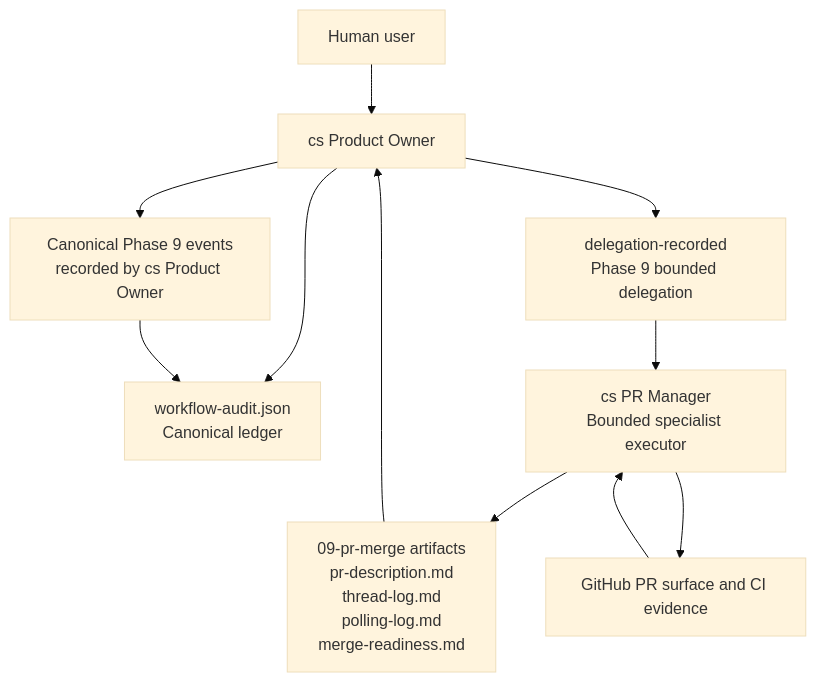
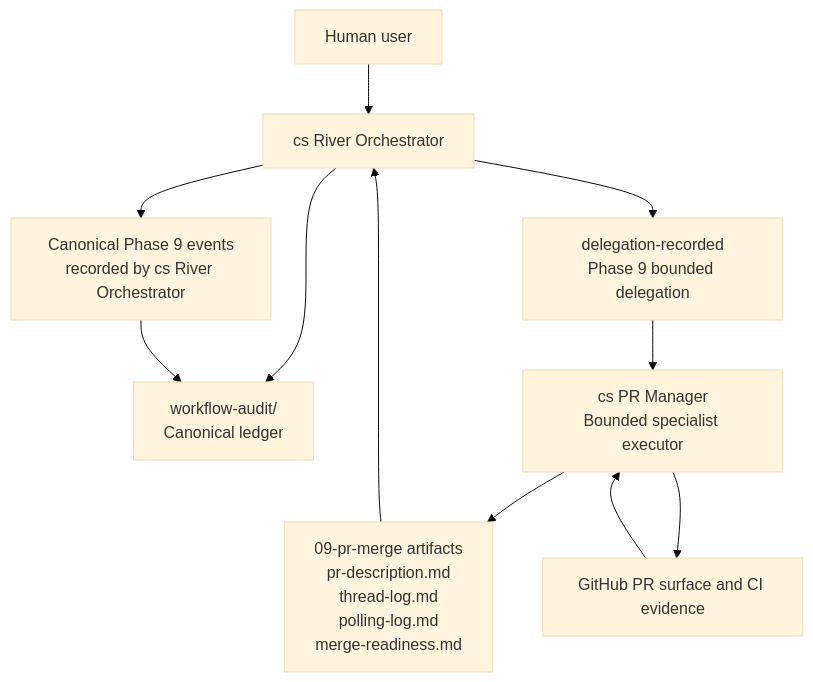
One commit to Gibbs-Morris/mississippi changed the diagram in docs/Docusaurus/docs/adr/0001-single-canonical-writer-with-bounded-phase-9-delegation.md. Above: the diagram before and after it, drawn with Mermaid (base theme). The commit also changed other lines of this file and 8 other files, not shown here.

Commit message:
Adopt Clean Squad v4 audit ledger and file-first delegation +semver: skip

````diff
--- a/docs/Docusaurus/docs/adr/0001-single-canonical-writer-with-bounded-phase-9-delegation.md
+++ b/docs/Docusaurus/docs/adr/0001-single-canonical-writer-with-bounded-phase-9-delegation.md
@@ -24,13 +24,13 @@
 ```mermaid
 flowchart TD
-    U[Human user] --> PO[cs Product Owner]
-    PO --> L[workflow-audit.json\nCanonical ledger]
-    PO --> D[delegation-recorded\nPhase 9 bounded delegation]
+  U[Human user] --> RO[cs River Orchestrator]
+  RO --> L[workflow-audit/\nCanonical ledger]
+  RO --> D[delegation-recorded\nPhase 9 bounded delegation]
     D --> PRM[cs PR Manager\nBounded specialist executor]
     PRM --> A[09-pr-merge artifacts\npr-description.md\nthread-log.md\npolling-log.md\nmerge-readiness.md]
     PRM --> G[GitHub PR surface and CI evidence]
-    A --> PO
+  A --> RO
     G --> PRM
-    PO --> C[Canonical Phase 9 events\nrecorded by cs Product Owner]
+  RO --> C[Canonical Phase 9 events\nrecorded by cs River Orchestrator]
     C --> L
 ```
````
